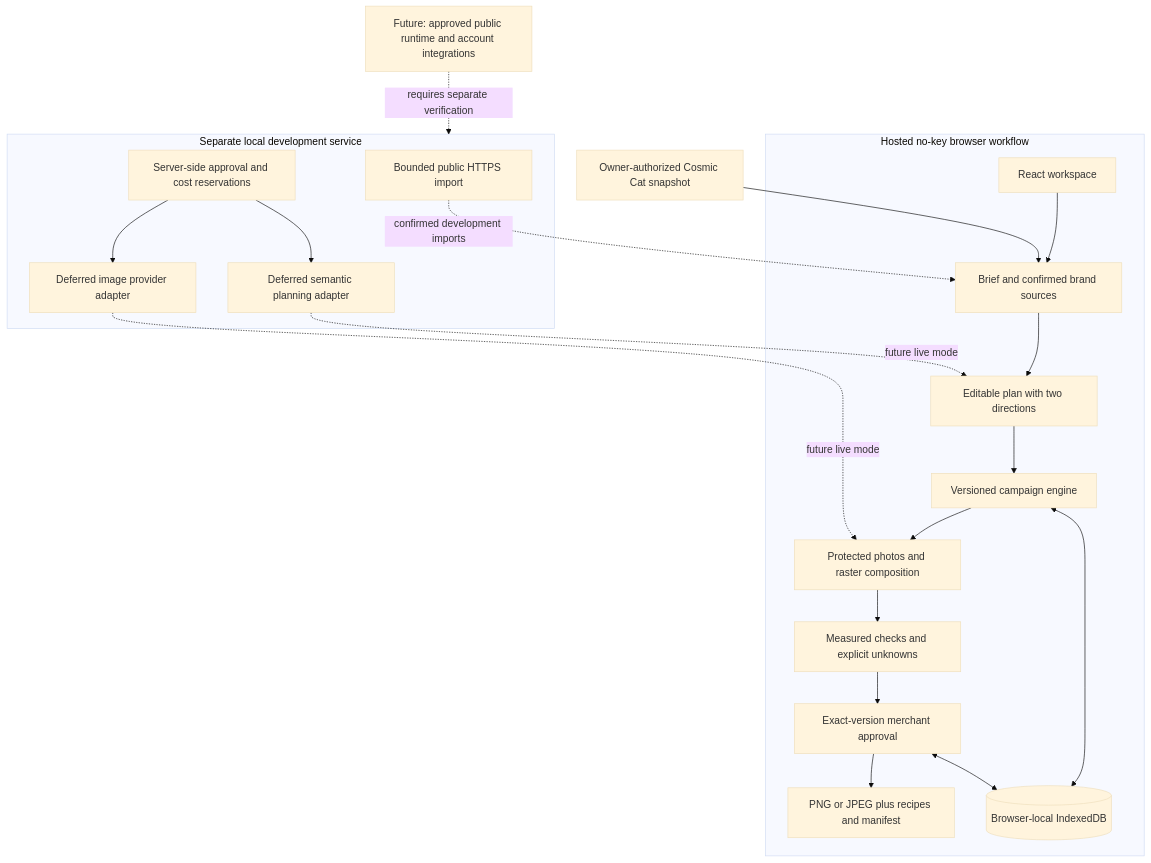
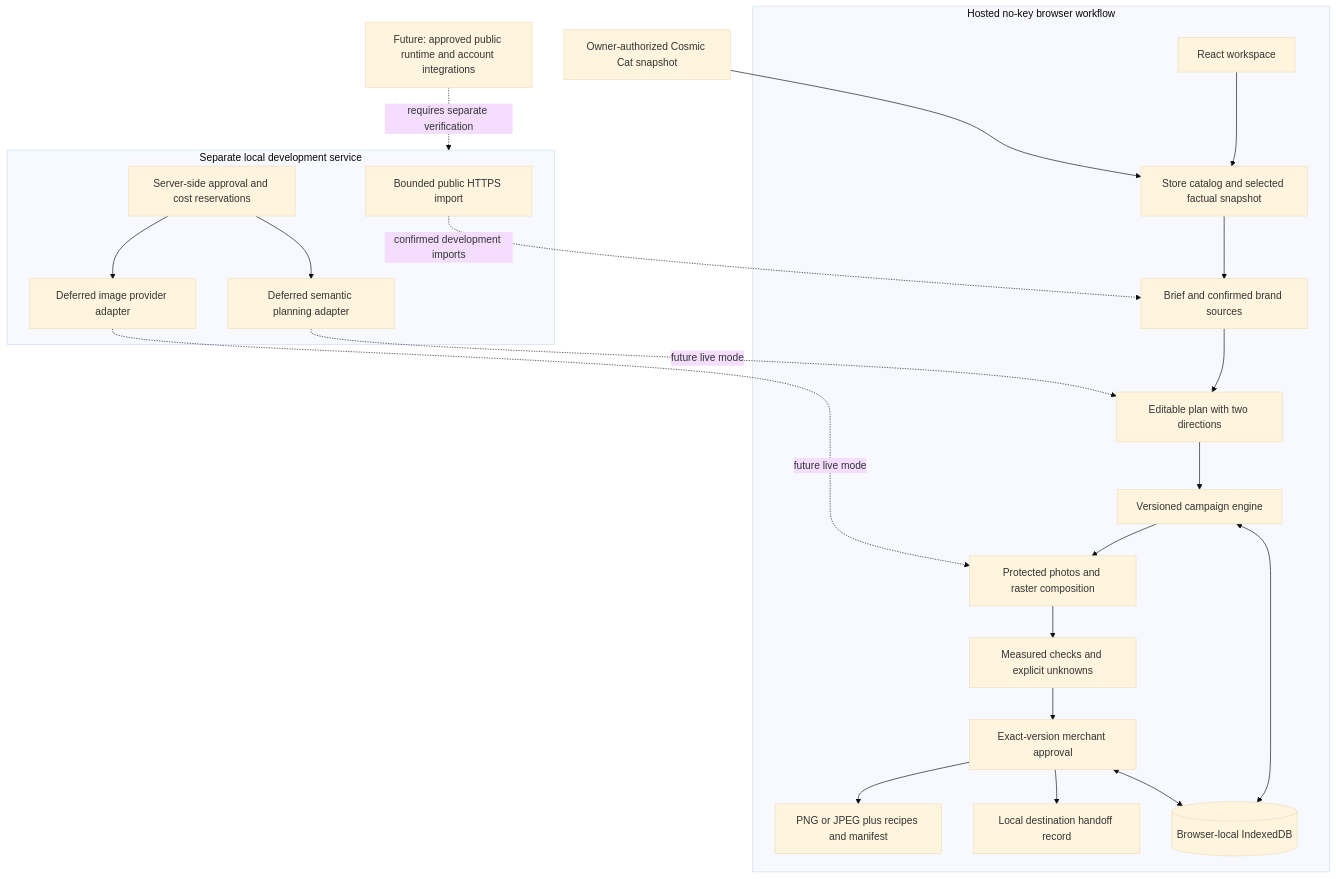
One commit to mchenry-power-dev/orbit-agentic-commerce changed the diagram in docs/architecture.md. Above: the diagram before and after it, drawn with Mermaid (base theme). The commit also changed other lines of this file and 60 other files, not shown here.

Commit message:
Upgrade Orbit creatives, catalog selection, and local channel handoffs

````diff
--- a/docs/architecture.md
+++ b/docs/architecture.md
@@ -5,32 +5,35 @@
 ```mermaid
 flowchart TB
   subgraph Local[Hosted no-key browser workflow]
     UI[React workspace]
+    Catalog[Store catalog and selected factual snapshot]
     Domain[Brief and confirmed brand sources]
     Plan[Editable plan with two directions]
     Engine[Versioned campaign engine]
     Raster[Protected photos and raster composition]
     Checks[Measured checks and explicit unknowns]
     Review[Exact-version merchant approval]
     Export[PNG or JPEG plus recipes and manifest]
+    Handoff[Local destination handoff record]
     Store[(Browser-local IndexedDB)]
-    UI --> Domain --> Plan --> Engine
+    UI --> Catalog --> Domain --> Plan --> Engine
     Engine --> Raster --> Checks --> Review --> Export
+    Review --> Handoff
     Engine <--> Store
     Review <--> Store
   end
-  Snapshot[Owner-authorized Cosmic Cat snapshot] --> Domain
+  Snapshot[Owner-authorized Cosmic Cat snapshot] --> Catalog
   subgraph Service[Separate local development service]
     Import[Bounded public HTTPS import]
     Schema[Deferred semantic planning adapter]
     Images[Deferred image provider adapter]
     Allowance[Server-side approval and cost reservations]
     Allowance --> Schema
     Allowance --> Images
   end
   Import -. confirmed development imports .-> Domain
   Schema -. future live mode .-> Plan
   Images -. future live mode .-> Raster
   Future[Future: approved public runtime and account integrations]
   Future -. requires separate verification .-> Service
 ```
````
